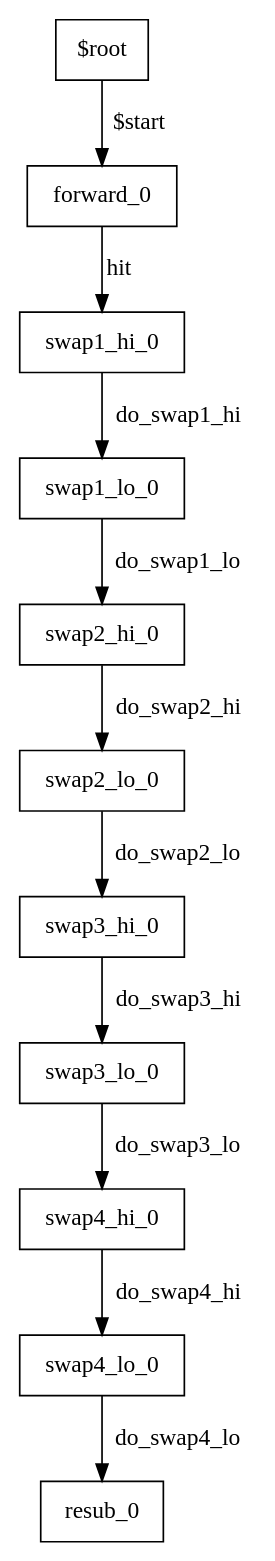
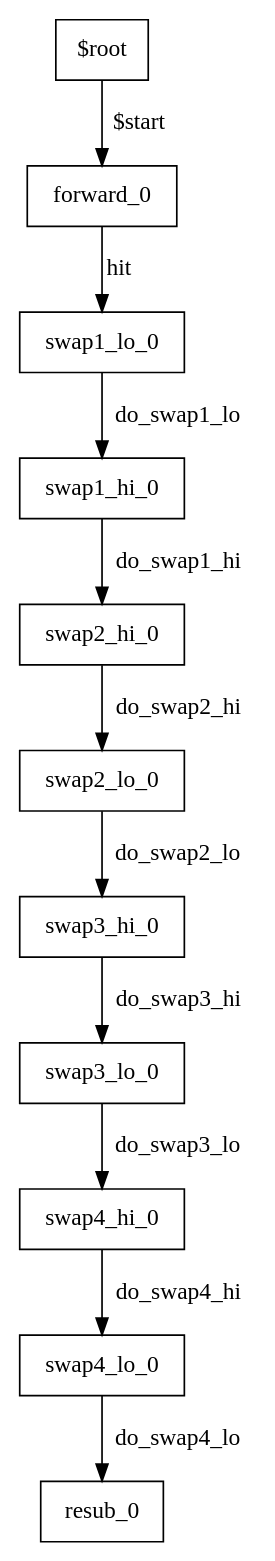
One commit to joepboumans/waterfall-table changed the diagram in waterfall-fcm-srctuple/waterfall_fcm/tofino/pipe/graphs/ingress.power.dot. Above: the diagram before and after it, drawn with Graphviz. The commit also changed 36 other files, not shown here.

```diff
--- a/waterfall-fcm-srctuple/waterfall_fcm/tofino/pipe/graphs/ingress.power.dot
+++ b/waterfall-fcm-srctuple/waterfall_fcm/tofino/pipe/graphs/ingress.power.dot
@@ -1,23 +1,23 @@
 digraph ingress {
 0 [label="$root" shape=box color="black"];
 1 [label="forward_0" shape=box color="black"];
 10 [label="resub_0" shape=box color="black"];
-2 [label="swap1_hi_0" shape=box color="black"];
-3 [label="swap1_lo_0" shape=box color="black"];
+3 [label="swap1_hi_0" shape=box color="black"];
+2 [label="swap1_lo_0" shape=box color="black"];
 4 [label="swap2_hi_0" shape=box color="black"];
 5 [label="swap2_lo_0" shape=box color="black"];
 6 [label="swap3_hi_0" shape=box color="black"];
 7 [label="swap3_lo_0" shape=box color="black"];
 8 [label="swap4_hi_0" shape=box color="black"];
 9 [label="swap4_lo_0" shape=box color="black"];
 0-> 1 [label="$start" color="black"];
 1-> 2 [label="hit" color="black"];
-2-> 3 [label="do_swap1_hi" color="black"];
-3-> 4 [label="do_swap1_lo" color="black"];
+3-> 4 [label="do_swap1_hi" color="black"];
+2-> 3 [label="do_swap1_lo" color="black"];
 4-> 5 [label="do_swap2_hi" color="black"];
 5-> 6 [label="do_swap2_lo" color="black"];
 6-> 7 [label="do_swap3_hi" color="black"];
 7-> 8 [label="do_swap3_lo" color="black"];
 8-> 9 [label="do_swap4_hi" color="black"];
 9-> 10 [label="do_swap4_lo" color="black"];
 }
```
